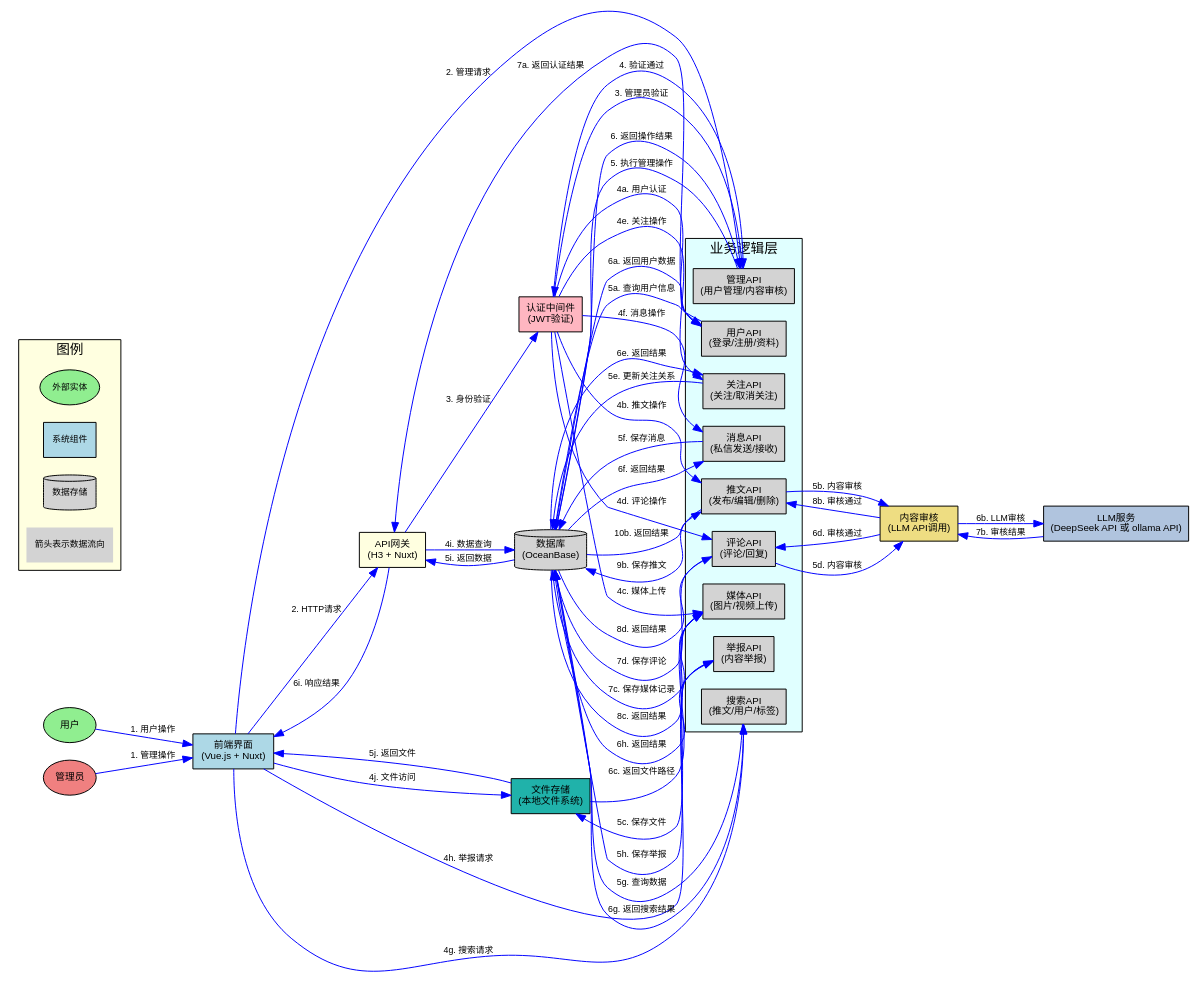
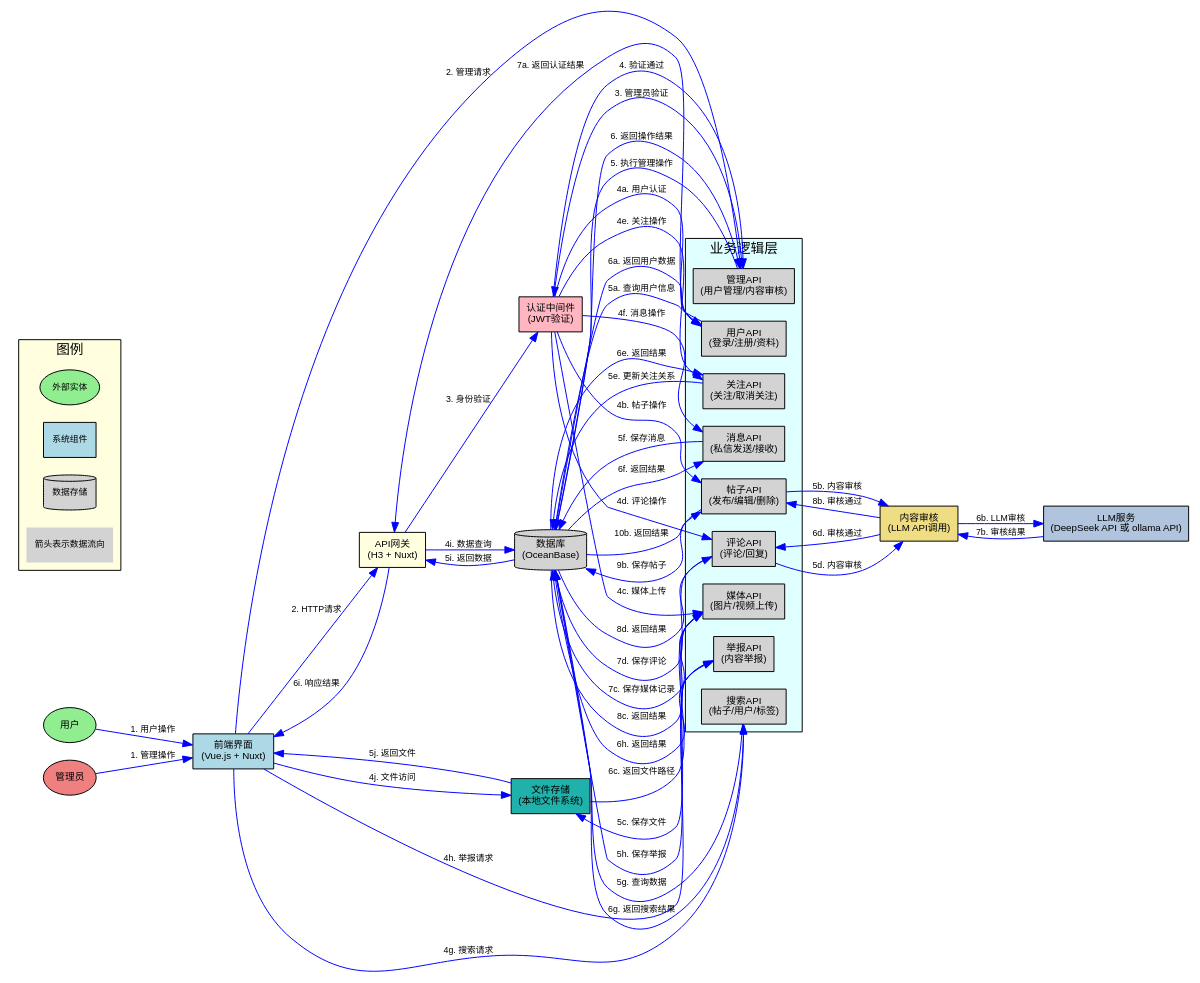
Before and after one commit to gujial/school-forum: the diagram in docs/数据流图.dot, drawn with Graphviz. The commit also changed 96 other files, not shown here.

```diff
--- a/docs/数据流图.dot
+++ b/docs/数据流图.dot
@@ -1,144 +1,144 @@
 digraph DataFlow {
     // 图形设置
     rankdir=LR;
     node [shape=box, style=filled, fontname="Arial", fontsize=10];
     edge [fontname="Arial", fontsize=9, color=blue];
     
     // 外部实体
     user [label="用户", shape=ellipse, fillcolor=lightgreen];
     admin [label="管理员", shape=ellipse, fillcolor=lightcoral];
     
     // 前端界面
     frontend [label="前端界面\n(Vue.js + Nuxt)", shape=box, fillcolor=lightblue];
     
     // API网关层
     api_gateway [label="API网关\n(H3 + Nuxt)", shape=box, fillcolor=lightyellow];
     
     // 认证中间件
     auth_middleware [label="认证中间件\n(JWT验证)", shape=box, fillcolor=lightpink];
     
     // 业务逻辑层
     subgraph cluster_business_logic {
         label="业务逻辑层";
         style=filled;
         fillcolor=lightcyan;
         
         // 用户相关API
         user_api [label="用户API\n(登录/注册/资料)"];
         follow_api [label="关注API\n(关注/取消关注)"];
         message_api [label="消息API\n(私信发送/接收)"];
         
         // 内容相关API
-        tweet_api [label="推文API\n(发布/编辑/删除)"];
+        tweet_api [label="帖子API\n(发布/编辑/删除)"];
         comment_api [label="评论API\n(评论/回复)"];
         media_api [label="媒体API\n(图片/视频上传)"];
         
         // 管理相关API
         admin_api [label="管理API\n(用户管理/内容审核)"];
         report_api [label="举报API\n(内容举报)"];
         
         // 搜索相关API
-        search_api [label="搜索API\n(推文/用户/标签)"];
+        search_api [label="搜索API\n(帖子/用户/标签)"];
     }
     
     // 内容审核层
     content_moderation [label="内容审核\n(LLM API调用)", shape=box, fillcolor=lightgoldenrod];
     
     // 数据库层
     database [label="数据库\n(OceanBase)", shape=cylinder, fillcolor=lightgray];
     
     // 文件存储层
     file_storage [label="文件存储\n(本地文件系统)", shape=box, fillcolor=lightseagreen];
     
     // 外部服务
     llm_service [label="LLM服务\n(DeepSeek API 或 ollama API)", shape=box, fillcolor=lightsteelblue];
     
     // 数据流向定义
     
     // 用户操作流程
     user -> frontend [label="1. 用户操作"];
     frontend -> api_gateway [label="2. HTTP请求"];
     api_gateway -> auth_middleware [label="3. 身份验证"];
     
     // 认证流程
     auth_middleware -> user_api [label="4a. 用户认证"];
     user_api -> database [label="5a. 查询用户信息"];
     database -> user_api [label="6a. 返回用户数据"];
     user_api -> api_gateway [label="7a. 返回认证结果"];
     
-    // 推文发布流程
-    auth_middleware -> tweet_api [label="4b. 推文操作"];
+    // 帖子发布流程
+    auth_middleware -> tweet_api [label="4b. 帖子操作"];
     tweet_api -> content_moderation [label="5b. 内容审核"];
     content_moderation -> llm_service [label="6b. LLM审核"];
     llm_service -> content_moderation [label="7b. 审核结果"];
     content_moderation -> tweet_api [label="8b. 审核通过"];
-    tweet_api -> database [label="9b. 保存推文"];
+    tweet_api -> database [label="9b. 保存帖子"];
     database -> tweet_api [label="10b. 返回结果"];
     
     // 媒体上传流程
     auth_middleware -> media_api [label="4c. 媒体上传"];
     media_api -> file_storage [label="5c. 保存文件"];
     file_storage -> media_api [label="6c. 返回文件路径"];
     media_api -> database [label="7c. 保存媒体记录"];
     database -> media_api [label="8c. 返回结果"];
     
     // 评论流程
     auth_middleware -> comment_api [label="4d. 评论操作"];
     comment_api -> content_moderation [label="5d. 内容审核"];
     content_moderation -> comment_api [label="6d. 审核通过"];
     comment_api -> database [label="7d. 保存评论"];
     database -> comment_api [label="8d. 返回结果"];
     
     // 关注流程
     auth_middleware -> follow_api [label="4e. 关注操作"];
     follow_api -> database [label="5e. 更新关注关系"];
     database -> follow_api [label="6e. 返回结果"];
     
     // 消息流程
     auth_middleware -> message_api [label="4f. 消息操作"];
     message_api -> database [label="5f. 保存消息"];
     database -> message_api [label="6f. 返回结果"];
     
     // 搜索流程
     frontend -> search_api [label="4g. 搜索请求"];
     search_api -> database [label="5g. 查询数据"];
     database -> search_api [label="6g. 返回搜索结果"];
     
     // 管理流程
     admin -> frontend [label="1. 管理操作"];
     frontend -> admin_api [label="2. 管理请求"];
     admin_api -> auth_middleware [label="3. 管理员验证"];
     auth_middleware -> admin_api [label="4. 验证通过"];
     admin_api -> database [label="5. 执行管理操作"];
     database -> admin_api [label="6. 返回操作结果"];
     
     // 举报流程
     frontend -> report_api [label="4h. 举报请求"];
     report_api -> database [label="5h. 保存举报"];
     database -> report_api [label="6h. 返回结果"];
     
     // 数据查询流程
     api_gateway -> database [label="4i. 数据查询"];
     database -> api_gateway [label="5i. 返回数据"];
     api_gateway -> frontend [label="6i. 响应结果"];
     
     // 文件访问流程
     frontend -> file_storage [label="4j. 文件访问"];
     file_storage -> frontend [label="5j. 返回文件"];
     
     // 样式设置
     node [shape=box, style=filled, fontname="Arial", fontsize=9];
     edge [fontname="Arial", fontsize=8, color=blue];
     
     // 添加图例
     subgraph cluster_legend {
         label="图例";
         style=filled;
         fillcolor=lightyellow;
         
         legend1 [label="外部实体", shape=ellipse, fillcolor=lightgreen];
         legend2 [label="系统组件", shape=box, fillcolor=lightblue];
         legend3 [label="数据存储", shape=cylinder, fillcolor=lightgray];
         legend4 [label="数据流向", shape=none, label="箭头表示数据流向"];
     }
 }
```
